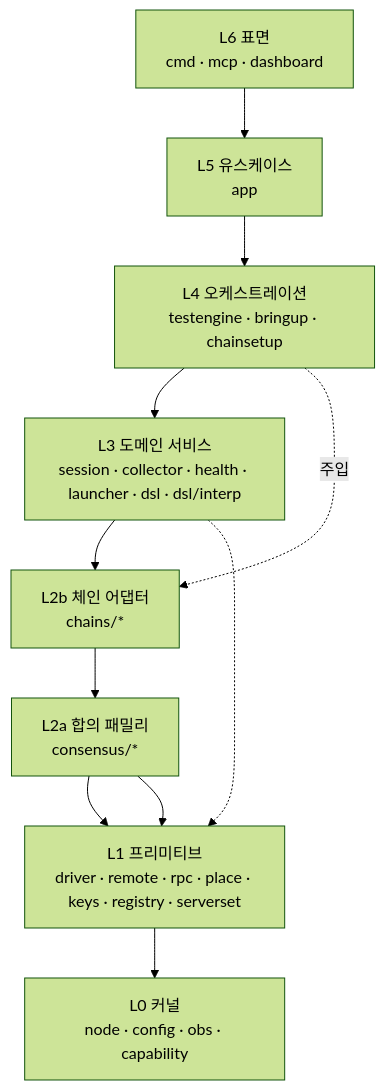
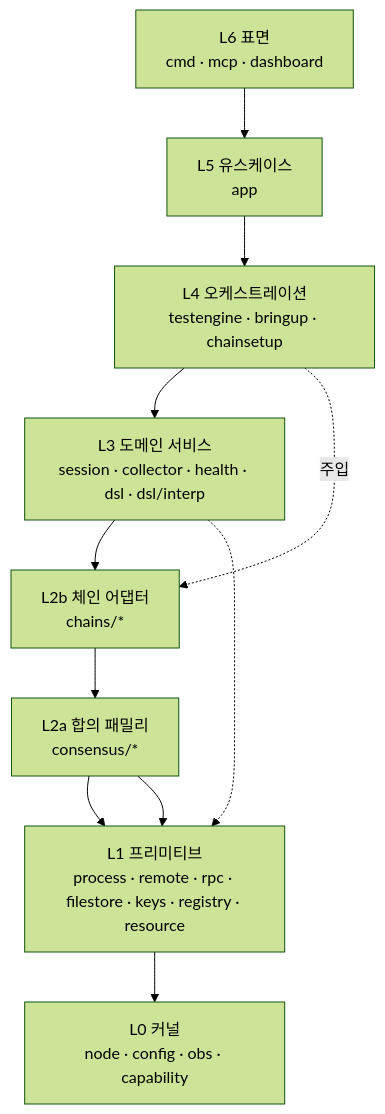
The diagram in docs/dev/architecture/layers.md (0xmhha/chainbench), drawn with Mermaid (forest theme) before and after one commit. The commit also changed other lines of this file and 138 other files, not shown here.

````diff
--- a/docs/dev/architecture/layers.md
+++ b/docs/dev/architecture/layers.md
@@ -62,16 +62,16 @@
 ```mermaid
 flowchart TD
     L6["L6 표면<br/>cmd · mcp · dashboard"]
     L5["L5 유스케이스<br/>app"]
     L4["L4 오케스트레이션<br/>testengine · bringup · chainsetup"]
-    L3["L3 도메인 서비스<br/>session · collector · health · launcher · dsl · dsl/interp"]
+    L3["L3 도메인 서비스<br/>session · collector · health · dsl · dsl/interp"]
     L2b["L2b 체인 어댑터<br/>chains/*"]
     L2a["L2a 합의 패밀리<br/>consensus/*"]
-    L1["L1 프리미티브<br/>driver · remote · rpc · place · keys · registry · serverset"]
+    L1["L1 프리미티브<br/>process · remote · rpc · filestore · keys · registry · resource"]
     L0["L0 커널<br/>node · config · obs · capability"]
 
     L6 --> L5 --> L4 --> L3 --> L2b --> L2a --> L1 --> L0
     L4 -.주입.-> L2b
     L3 -.-> L1
     L2a --> L1
 ```
````
